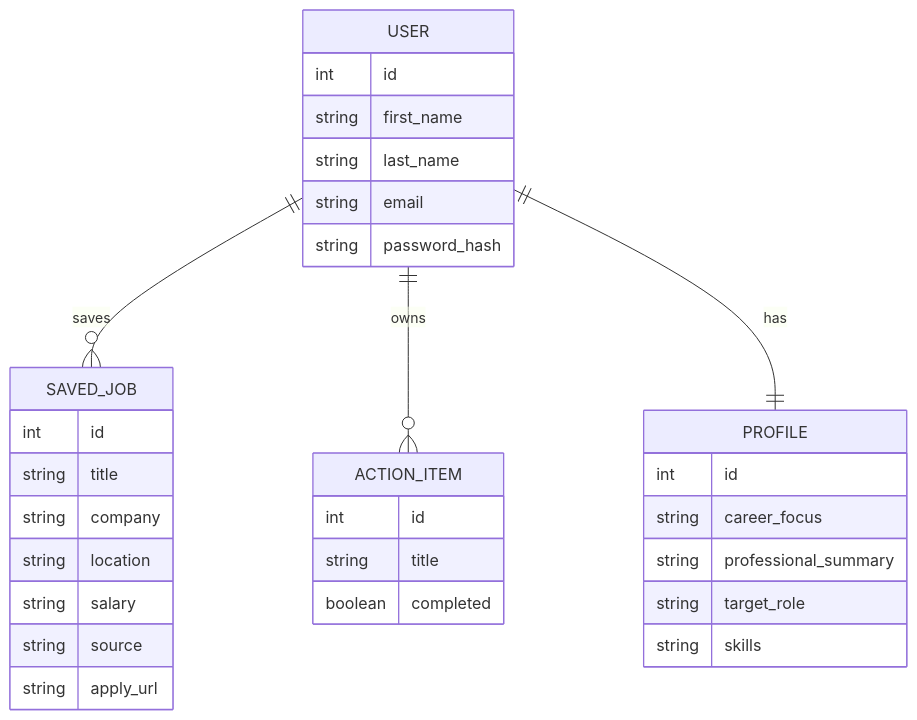
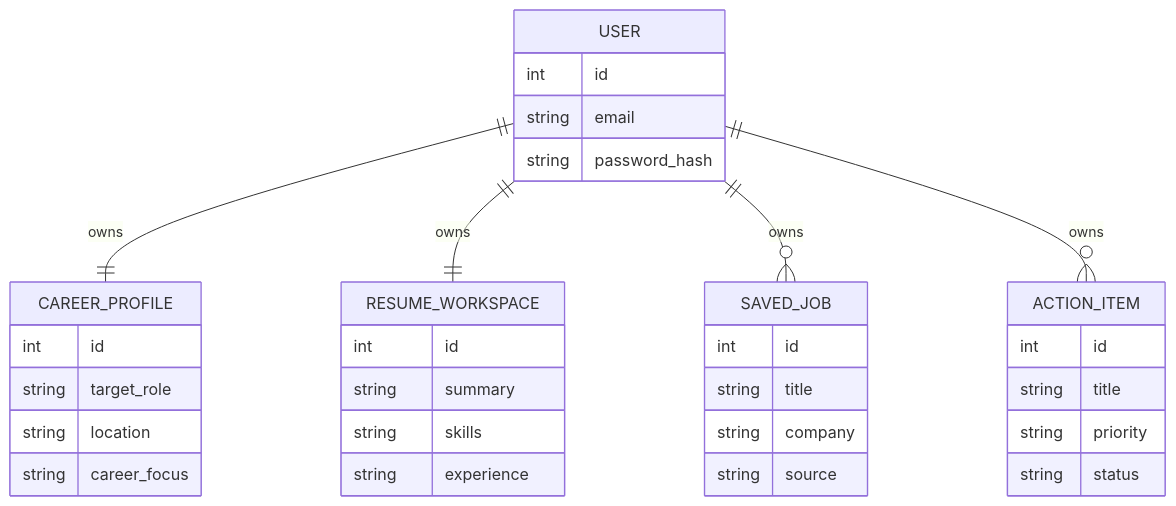
One commit to ashlibriggs/career-companion changed the third of 3 diagrams in README.md. Above: the diagram before and after it, drawn with Mermaid. The commit also changed other lines of this file, not shown here.

Commit message:
docs: update README for Career Companion AI

````diff
--- a/README.md
+++ b/README.md
@@ -371,41 +425,69 @@
 ```mermaid
 erDiagram
 
-USER ||--o{ SAVED_JOB : saves
+USER ||--|| CAREER_PROFILE : owns
+
+USER ||--|| RESUME_WORKSPACE : owns
+
+USER ||--o{ SAVED_JOB : owns
 
 USER ||--o{ ACTION_ITEM : owns
 
-USER ||--|| PROFILE : has
+USER {
 
-USER {
-    int id
-    string first_name
-    string last_name
-    string email
-    string password_hash
+int id
+
+string email
+
+string password_hash
+
+}
+
+CAREER_PROFILE {
+
+int id
+
+string target_role
+
+string location
+
+string career_focus
+
+}
+
+RESUME_WORKSPACE {
+
+int id
+
+string summary
+
+string skills
+
+string experience
+
+}
+
+ACTION_ITEM {
+
+int id
+
+string title
+
+string priority
+
+string status
+
 }
 
 SAVED_JOB {
-    int id
-    string title
-    string company
-    string location
-    string salary
-    string source
-    string apply_url
-}
 
-ACTION_ITEM {
-    int id
-    string title
-    boolean completed
-}
+int id
 
-PROFILE {
-    int id
-    string career_focus
-    string professional_summary
-    string target_role
-    string skills
+string title
+
+string company
+
+string source
+
 }
 ```
````
